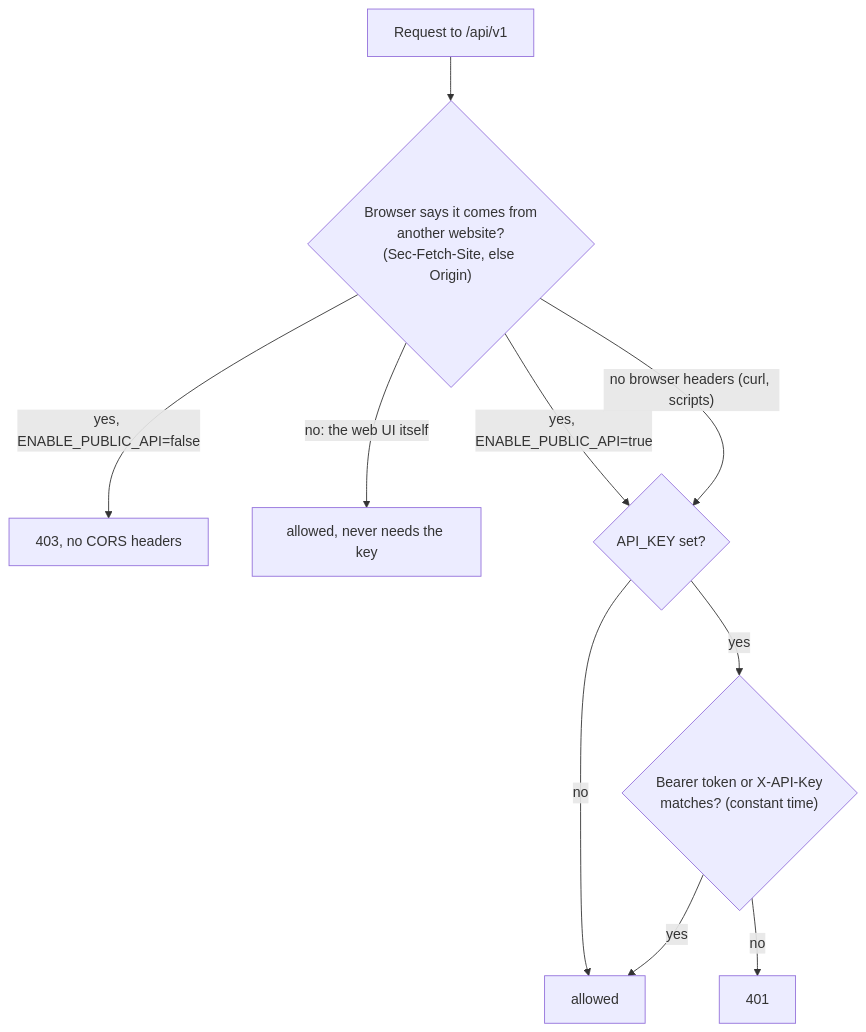
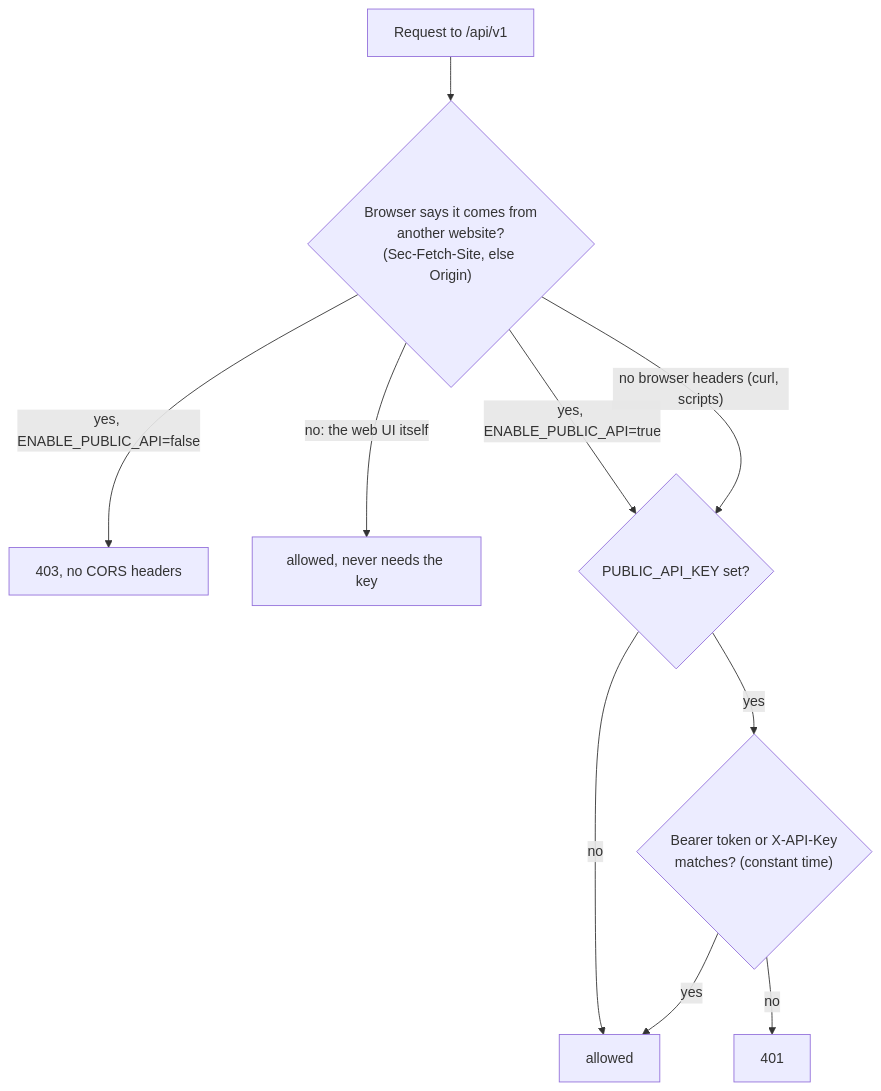
One commit to karimz1/imgcompress changed the third of 3 diagrams in docs/architecture.md. Above: the diagram before and after it, drawn with Mermaid. The commit also changed other lines of this file and 19 other files, not shown here.

First line of the commit message:
Rename the API key to PUBLIC_API_KEY and keep /api/health/backend as a deprecated alias

````diff
--- a/docs/architecture.md
+++ b/docs/architecture.md
@@ -81,12 +81,12 @@
 ```mermaid
 flowchart TD
     R["Request to /api/v1"] --> K{"Browser says it comes from<br/>another website?<br/>(Sec-Fetch-Site, else Origin)"}
     K -- "yes, ENABLE_PUBLIC_API=false" --> F["403, no CORS headers"]
     K -- "no: the web UI itself" --> OK["allowed, never needs the key"]
-    K -- "yes, ENABLE_PUBLIC_API=true" --> A{"API_KEY set?"}
+    K -- "yes, ENABLE_PUBLIC_API=true" --> A{"PUBLIC_API_KEY set?"}
     K -- "no browser headers (curl, scripts)" --> A
     A -- "no" --> OK2["allowed"]
     A -- "yes" --> H{"Bearer token or X-API-Key<br/>matches? (constant time)"}
     H -- "yes" --> OK2
     H -- "no" --> U["401"]
 ```
````
